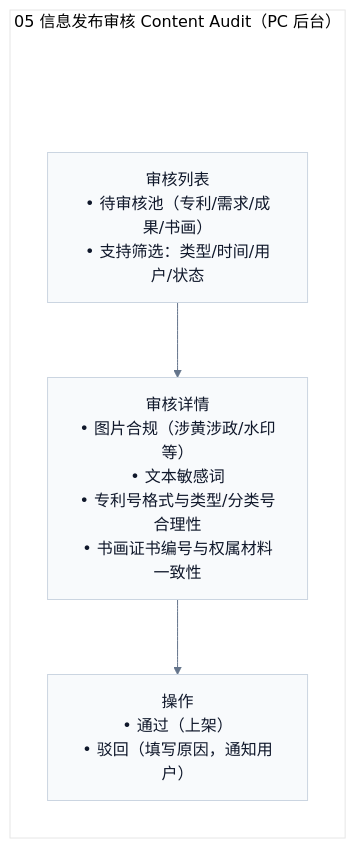
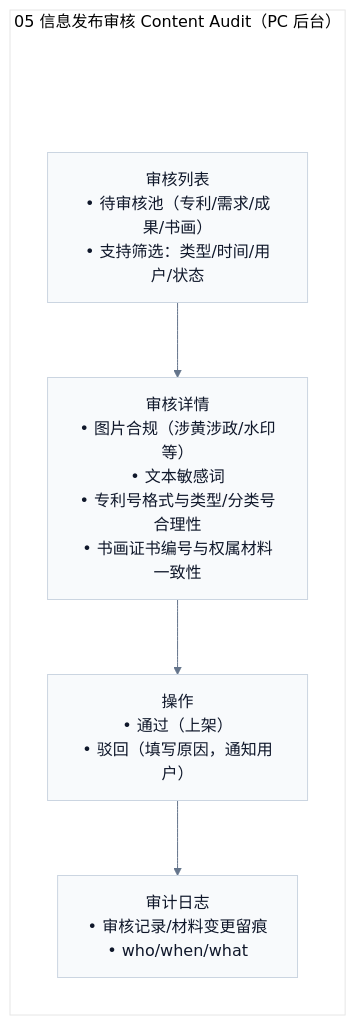
Before and after one commit to Ming-1984/Ipmoney: the diagram in docs/demo/pages/admin/05-content-audit.mmd, drawn with Mermaid. The commit also changed 46 other files, not shown here.

```diff
--- a/docs/demo/pages/admin/05-content-audit.mmd
+++ b/docs/demo/pages/admin/05-content-audit.mmd
@@ -1,14 +1,15 @@
 %%{init: {'theme':'base','flowchart': {'htmlLabels': true},'themeVariables': {'fontFamily': 'Inter, Microsoft YaHei, sans-serif','lineColor':'#64748B','primaryTextColor':'#0F172A','primaryBorderColor':'#CBD5E1','primaryColor':'#F8FAFC'}}}%%
 flowchart TB
   subgraph P["05 信息发布审核 Content Audit（PC 后台）"]
     direction TB
     Pad[" "]:::pad
     List["审核列表<br/>• 待审核池（专利/需求/成果/书画）<br/>• 支持筛选：类型/时间/用户/状态"]
     Detail["审核详情<br/>• 图片合规（涉黄涉政/水印等）<br/>• 文本敏感词<br/>• 专利号格式与类型/分类号合理性<br/>• 书画证书编号与权属材料一致性"]
     Actions["操作<br/>• 通过（上架）<br/>• 驳回（填写原因，通知用户）"]
+    Audit["审计日志<br/>• 审核记录/材料变更留痕<br/>• who/when/what"]
     Pad --> List
-    List --> Detail --> Actions
+    List --> Detail --> Actions --> Audit
   end
 
   classDef pad fill:transparent,stroke:transparent,color:transparent;
   linkStyle 0 stroke:transparent,fill:transparent;
```
